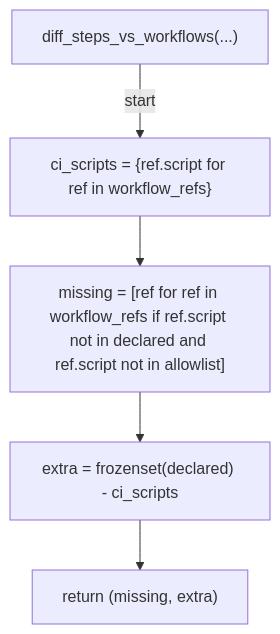
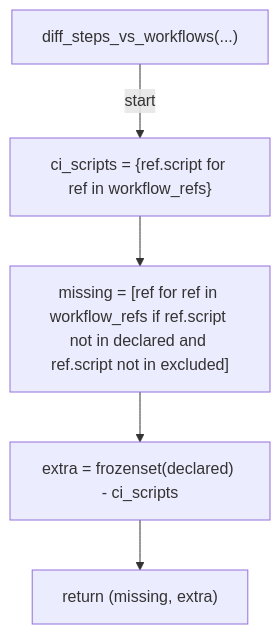
The fourth of 24 diagrams in docs/generated/scripts/ast/scan_ssot_drift.md (tvna/claude-md), drawn with Mermaid before and after one commit. The commit also changed other lines of this file and 12 other files, not shown here.

First line of the commit message:
docs(generated): regenerate decision tree and workflow diagrams

````diff
--- a/docs/generated/scripts/ast/scan_ssot_drift.md
+++ b/docs/generated/scripts/ast/scan_ssot_drift.md
@@ -44,12 +44,12 @@
 ```mermaid
 flowchart TD
     N001["diff_steps_vs_workflows(...)"]
     N002["ci_scripts = {ref.script for ref in workflow_refs}"]
-    N003["missing = [ref for ref in workflow_refs if ref.script not in declared and ref.script not in allowlist]"]
+    N003["missing = [ref for ref in workflow_refs if ref.script not in declared and ref.script not in excluded]"]
     N004["extra = frozenset(declared) - ci_scripts"]
     N005["return (missing, extra)"]
     N001 -->|"start"| N002
     N002 --> N003
     N003 --> N004
     N004 --> N005
 ```
````
